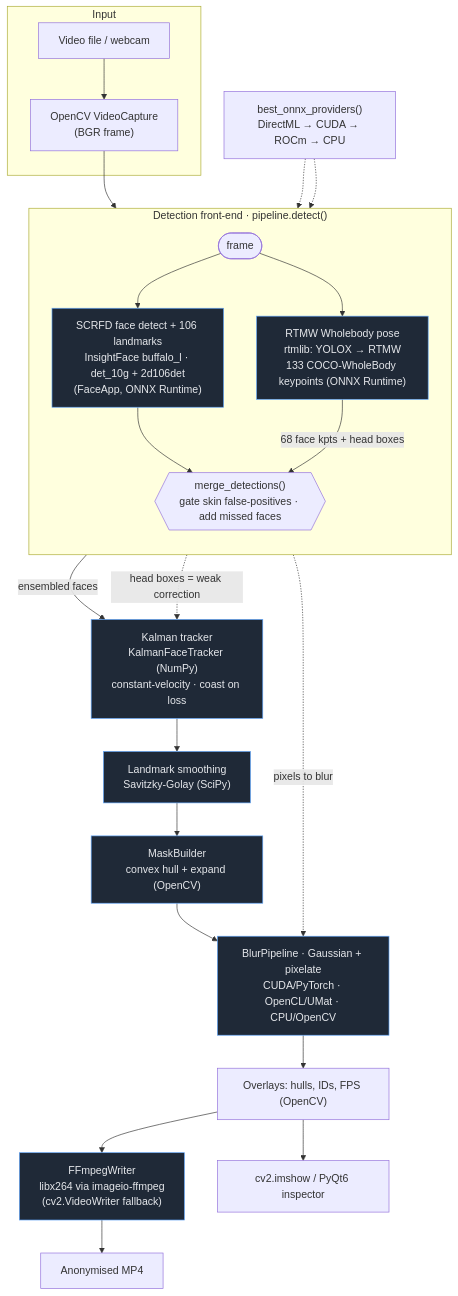
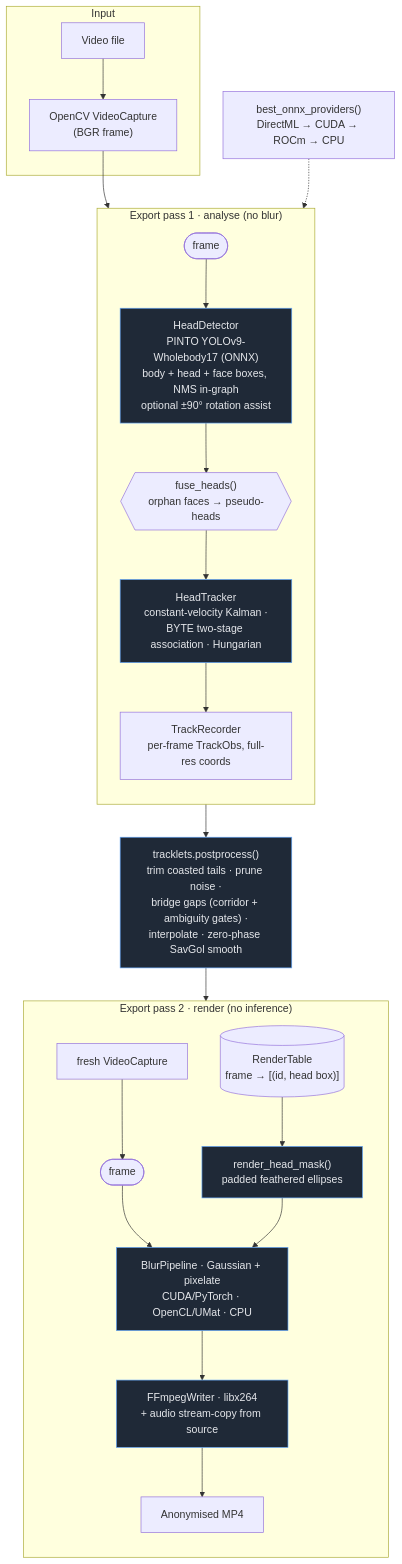
Before and after one commit to kabir0st/automated-video-privacy-pipeline: the diagram in docs/DATAFLOW.md, drawn with Mermaid. The commit also changed other lines of this file and 17 other files, not shown here.

First line of the commit message:
refactor: remove legacy 3-model stack; trim deps; bundle detector in exe

````diff
--- a/docs/DATAFLOW.md
+++ b/docs/DATAFLOW.md
@@ -16,37 +15,36 @@
 ```mermaid
 flowchart TD
     subgraph Input
-        VID[Video file / webcam]
+        VID[Video file]
         VC["OpenCV VideoCapture<br/>(BGR frame)"]
         VID --> VC
     end
 
     VC --> FRAME([frame])
 
-    subgraph Detection["Detection front-end · pipeline.detect()"]
+    subgraph P1["Export pass 1 · analyse (no blur)"]
         direction TB
-        FRAME --> SCRFD["SCRFD face detect + 106 landmarks<br/>InsightFace buffalo_l · det_10g + 2d106det<br/>(FaceApp, ONNX Runtime)"]
-        FRAME --> POSE["RTMW Wholebody pose<br/>rtmlib: YOLOX → RTMW<br/>133 COCO-WholeBody keypoints (ONNX Runtime)"]
-        SCRFD --> MERGE{{"merge_detections()<br/>gate skin false-positives · add missed faces"}}
-        POSE -->|68 face kpts + head boxes| MERGE
+        FRAME --> DET["HeadDetector<br/>PINTO YOLOv9-Wholebody17 (ONNX)<br/>body + head + face boxes, NMS in-graph<br/>optional ±90° rotation assist"]
+        DET --> FUSE{{"fuse_heads()<br/>orphan faces → pseudo-heads"}}
+        FUSE --> TRK["HeadTracker<br/>constant-velocity Kalman ·<br/>BYTE two-stage association · Hungarian"]
+        TRK --> REC["TrackRecorder<br/>per-frame TrackObs, full-res coords"]
     end
 
-    MERGE -->|ensembled faces| TRK["Kalman tracker<br/>KalmanFaceTracker (NumPy)<br/>constant-velocity · coast on loss"]
-    POSE -.->|head boxes = weak correction| TRK
+    REC --> POST["tracklets.postprocess()<br/>trim coasted tails · prune noise ·<br/>bridge gaps (corridor + ambiguity gates) ·<br/>interpolate · zero-phase SavGol smooth"]
+    POST --> TABLE[("RenderTable<br/>frame → [(id, head box)]")]
 
-    TRK --> SMOOTH["Landmark smoothing<br/>Savitzky-Golay (SciPy)"]
-    SMOOTH --> MASK["MaskBuilder<br/>convex hull + expand (OpenCV)"]
-    MASK --> BLUR["BlurPipeline · Gaussian + pixelate<br/>CUDA/PyTorch · OpenCL/UMat · CPU/OpenCV"]
-    FRAME -.->|pixels to blur| BLUR
+    subgraph P2["Export pass 2 · render (no inference)"]
+        direction TB
+        VC2["fresh VideoCapture"] --> FRAME2([frame])
+        TABLE --> MASK["render_head_mask()<br/>padded feathered ellipses"]
+        FRAME2 --> BLUR["BlurPipeline · Gaussian + pixelate<br/>CUDA/PyTorch · OpenCL/UMat · CPU"]
+        MASK --> BLUR
+        BLUR --> WRITE["FFmpegWriter · libx264<br/>+ audio stream-copy from source"]
+        WRITE --> OUT[Anonymised MP4]
+    end
 
-    BLUR --> OVL["Overlays: hulls, IDs, FPS (OpenCV)"]
-    OVL --> WRITE["FFmpegWriter<br/>libx264 via imageio-ffmpeg<br/>(cv2.VideoWriter fallback)"]
-    OVL --> DISP["cv2.imshow / PyQt6 inspector"]
-    WRITE --> OUT[Anonymised MP4]
-
-    PROV["best_onnx_providers()<br/>DirectML → CUDA → ROCm → CPU"] -.-> SCRFD
-    PROV -.-> POSE
+    PROV["best_onnx_providers()<br/>DirectML → CUDA → ROCm → CPU"] -.-> DET
 
     classDef tech fill:#1f2937,stroke:#60a5fa,color:#e5e7eb;
-    class SCRFD,POSE,TRK,SMOOTH,MASK,BLUR,WRITE tech;
+    class DET,TRK,POST,MASK,BLUR,WRITE tech;
 ```
````
